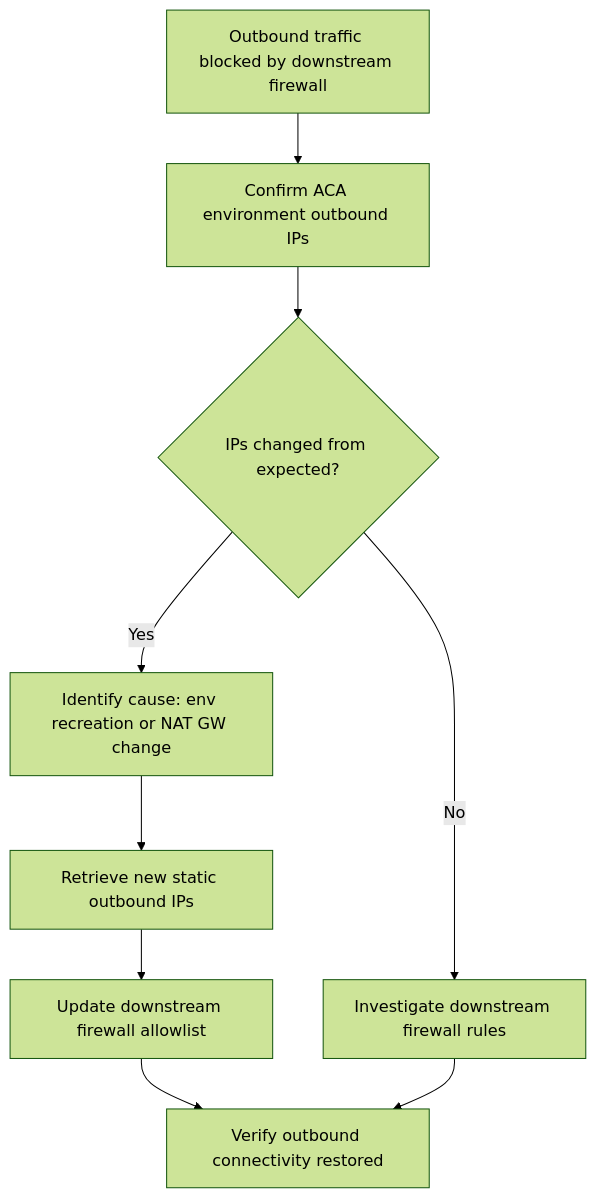
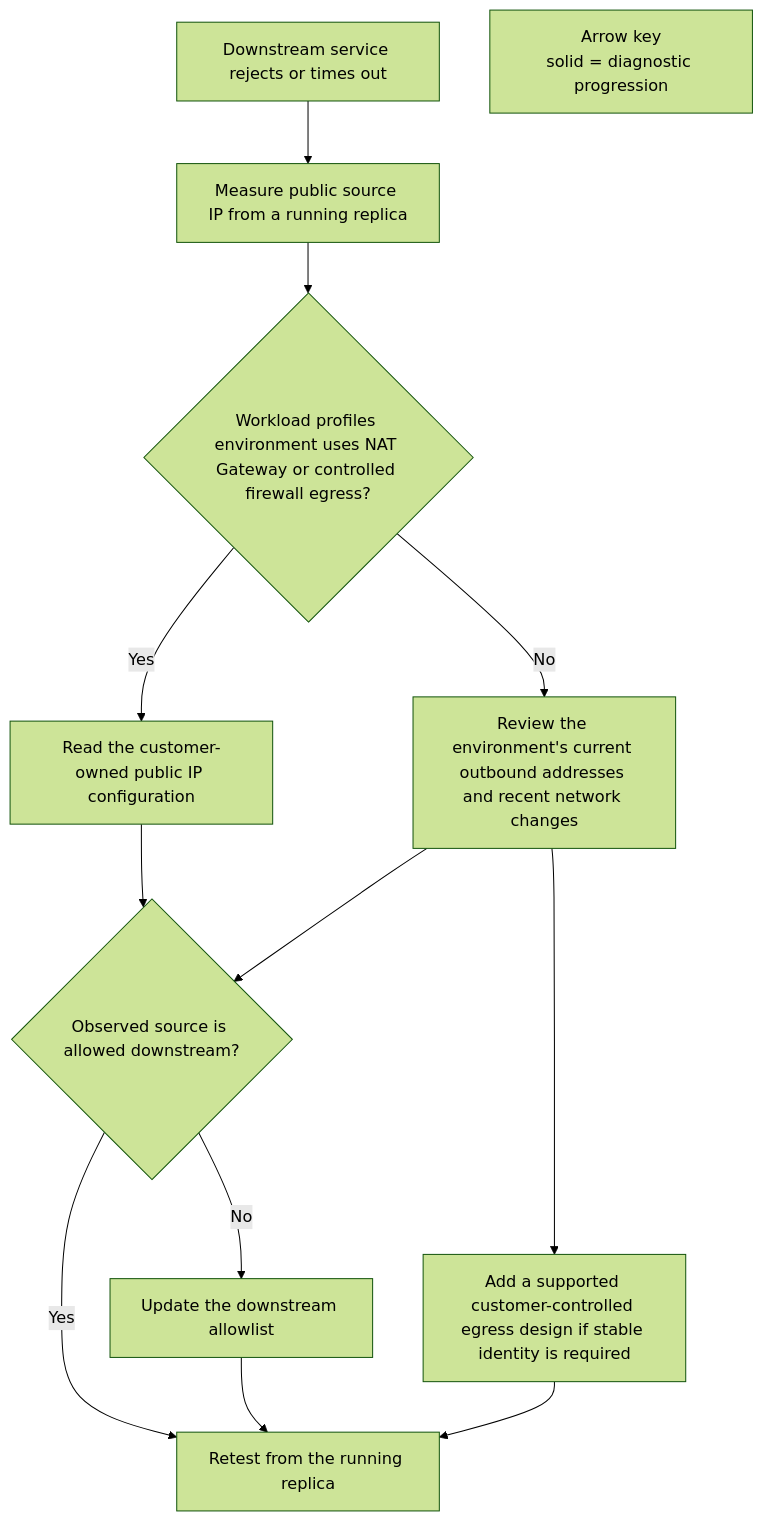
Before and after one commit to yeongseon/azure-container-apps-practical-guide: the diagram in docs/troubleshooting/playbooks/networking-advanced/egress-ip-change.md, drawn with Mermaid (forest theme). The commit also changed other lines of this file and 23 other files, not shown here.

First line of the commit message:
docs(diagrams): migrate troubleshooting playbook diagrams (#626)

````diff
--- a/docs/troubleshooting/playbooks/networking-advanced/egress-ip-change.md
+++ b/docs/troubleshooting/playbooks/networking-advanced/egress-ip-change.md
@@ -26,11 +28,29 @@
 ```mermaid
 flowchart TD
-    A[Outbound traffic blocked by downstream firewall] --> B[Confirm ACA environment outbound IPs]
-    B --> C{IPs changed from expected?}
-    C -->|Yes| D[Identify cause: env recreation or NAT GW change]
-    C -->|No| E[Investigate downstream firewall rules]
-    D --> F[Retrieve new static outbound IPs]
-    F --> G[Update downstream firewall allowlist]
-    G --> H[Verify outbound connectivity restored]
-    E --> H
+    accTitle: Diagnose an outbound source IP change
+    accDescr: Measure the source IP from the running app, determine whether a customer-controlled NAT or firewall path exists, and compare the result with the downstream allowlist.
+
+    FAILURE[Downstream service rejects or times out]
+    OBSERVE[Measure public source IP from a running replica]
+    CONTROLLED{Workload profiles environment uses NAT Gateway or controlled firewall egress?}
+    EXPECTED[Read the customer-owned public IP configuration]
+    DEFAULT[Review the environment's current outbound addresses and recent network changes]
+    MATCH{Observed source is allowed downstream?}
+    UPDATE[Update the downstream allowlist]
+    DESIGN[Add a supported customer-controlled egress design if stable identity is required]
+    RETEST[Retest from the running replica]
+
+    FAILURE --> OBSERVE
+    OBSERVE --> CONTROLLED
+    CONTROLLED -->|Yes| EXPECTED
+    CONTROLLED -->|No| DEFAULT
+    EXPECTED --> MATCH
+    DEFAULT --> MATCH
+    MATCH -->|No| UPDATE
+    MATCH -->|Yes| RETEST
+    UPDATE --> RETEST
+    DEFAULT --> DESIGN
+    DESIGN --> RETEST
+
+    LEGEND["Arrow key<br/>solid = diagnostic progression"]
 ```
````
